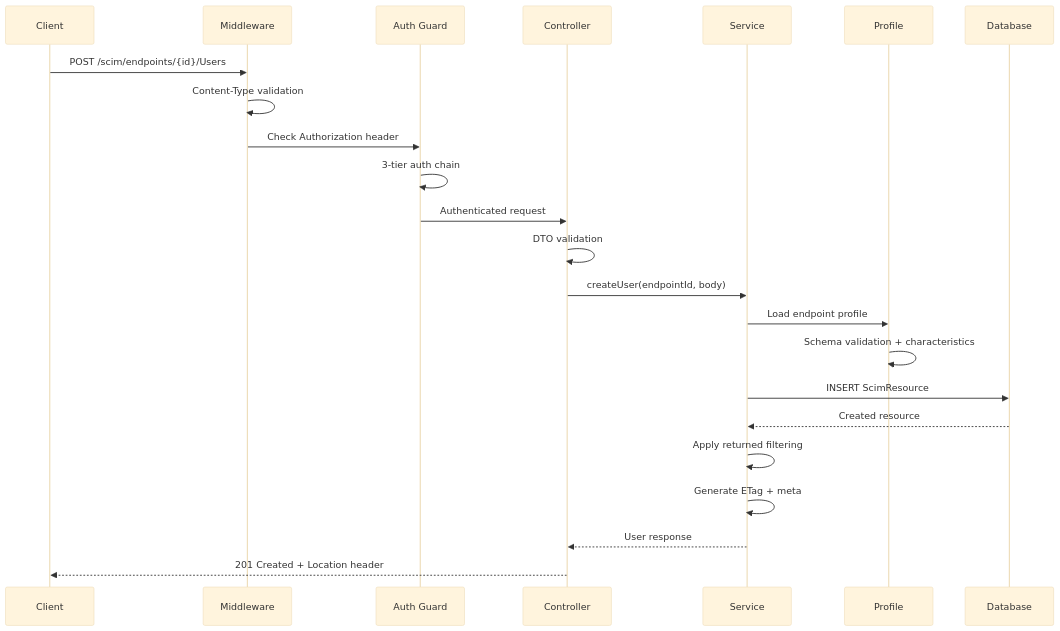
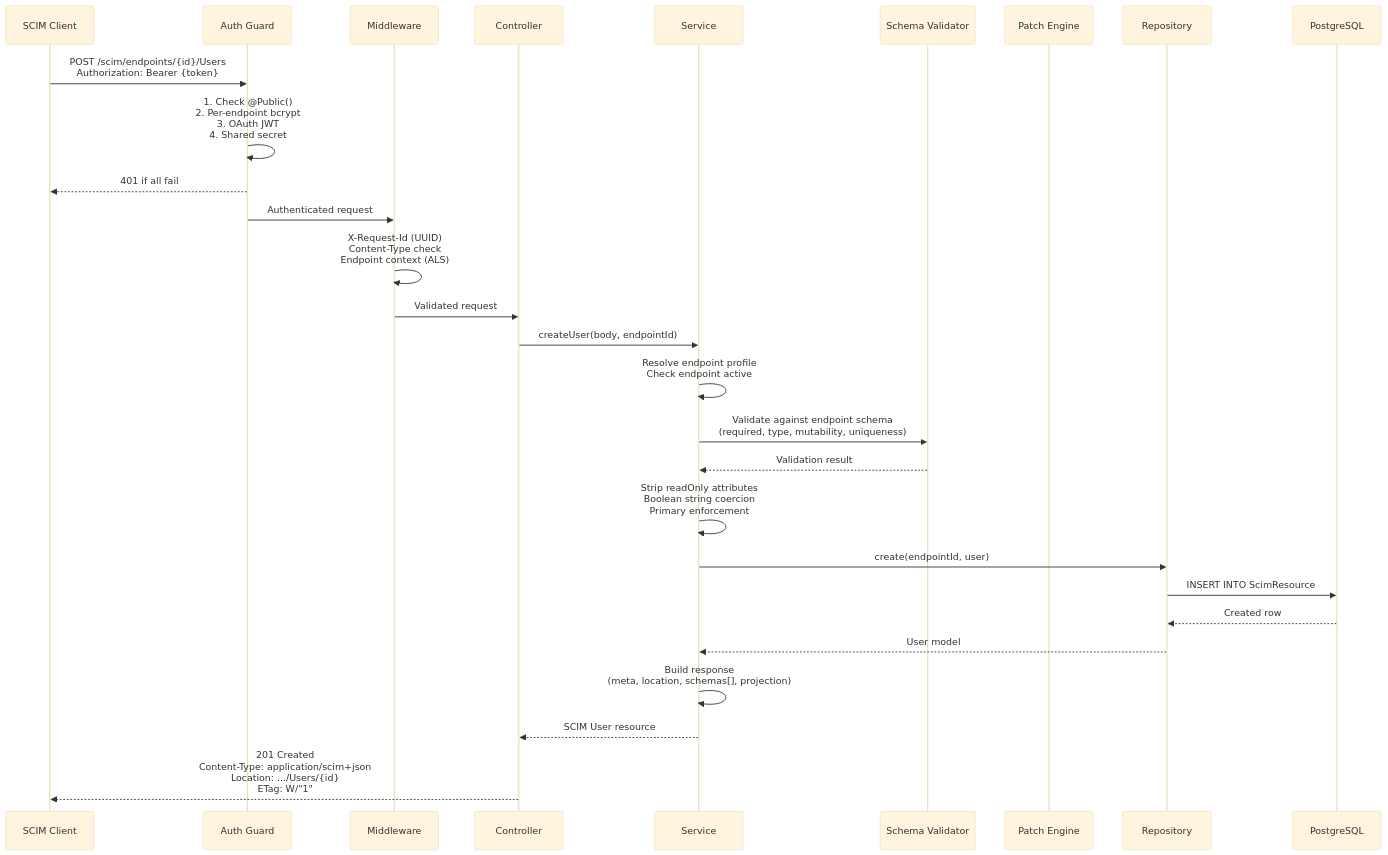
Before and after one commit to pranems/SCIMServer: the second of 5 diagrams in README.md, drawn with Mermaid (base theme). The commit also changed other lines of this file and 6 other files, not shown here.

````diff
--- a/README.md
+++ b/README.md
@@ -216,26 +166,31 @@
 ```mermaid
 sequenceDiagram
-    participant C as Client
-    participant MW as Middleware
+    participant C as SCIM Client
     participant G as Auth Guard
-    participant CT as Controller
-    participant SV as Service
-    participant PR as Profile
-    participant DB as Database
+    participant M as Middleware
+    participant Ctrl as Controller
+    participant Svc as Service
+    participant V as Schema Validator
+    participant PE as Patch Engine
+    participant R as Repository
+    participant DB as PostgreSQL
 
-    C->>MW: POST /scim/endpoints/{id}/Users
-    MW->>MW: Content-Type validation
-    MW->>G: Check Authorization header
-    G->>G: 3-tier auth chain
-    G->>CT: Authenticated request
-    CT->>CT: DTO validation
-    CT->>SV: createUser(endpointId, body)
-    SV->>PR: Load endpoint profile
-    PR->>PR: Schema validation + characteristics
-    SV->>DB: INSERT ScimResource
-    DB-->>SV: Created resource
-    SV->>SV: Apply returned filtering
-    SV->>SV: Generate ETag + meta
-    SV-->>CT: User response
-    CT-->>C: 201 Created + Location header
+    C->>G: POST /scim/endpoints/{id}/Users<br>Authorization: Bearer {token}
+    G->>G: 1. Check @Public()<br>2. Per-endpoint bcrypt<br>3. OAuth JWT<br>4. Shared secret
+    G-->>C: 401 if all fail
+    G->>M: Authenticated request
+    M->>M: X-Request-Id (UUID)<br>Content-Type check<br>Endpoint context (ALS)
+    M->>Ctrl: Validated request
+    Ctrl->>Svc: createUser(body, endpointId)
+    Svc->>Svc: Resolve endpoint profile<br>Check endpoint active
+    Svc->>V: Validate against endpoint schema<br>(required, type, mutability, uniqueness)
+    V-->>Svc: Validation result
+    Svc->>Svc: Strip readOnly attributes<br>Boolean string coercion<br>Primary enforcement
+    Svc->>R: create(endpointId, user)
+    R->>DB: INSERT INTO ScimResource
+    DB-->>R: Created row
+    R-->>Svc: User model
+    Svc->>Svc: Build response<br>(meta, location, schemas[], projection)
+    Svc-->>Ctrl: SCIM User resource
+    Ctrl-->>C: 201 Created<br>Content-Type: application/scim+json<br>Location: .../Users/{id}<br>ETag: W/"1"
 ```
````
